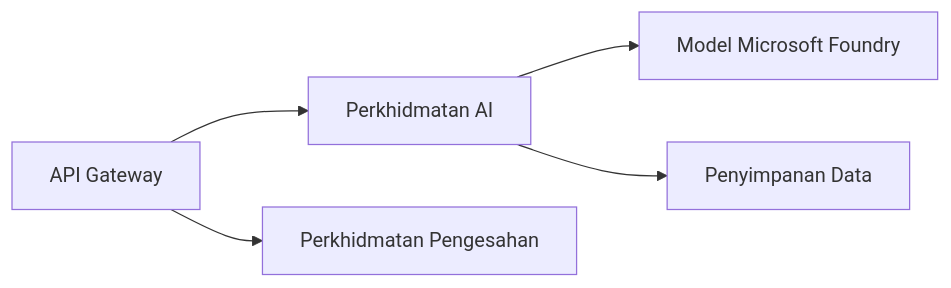
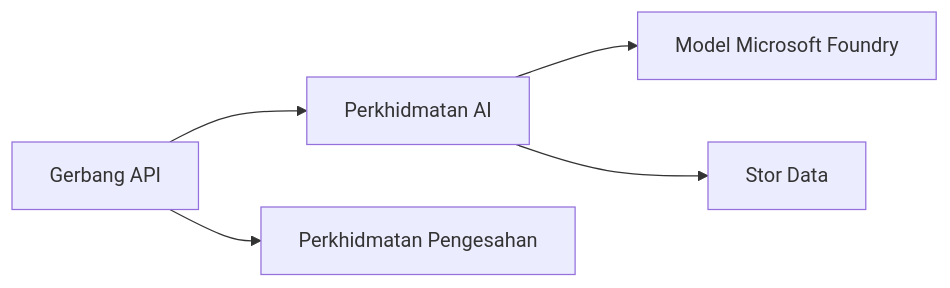
Before and after one commit to microsoft/AZD-for-beginners: the first of 2 diagrams in translations/ms/docs/chapter-08-production/README.md, drawn with Mermaid. The commit also changed other lines of this file and 58 other files, not shown here.

````diff
--- a/translations/ms/docs/chapter-08-production/README.md
+++ b/translations/ms/docs/chapter-08-production/README.md
@@ -48,6 +48,6 @@
 ```mermaid
 graph LR
-    Gateway[API Gateway] --> AI[Perkhidmatan AI] --> Models[Model Microsoft Foundry]
+    Gateway[Gerbang API] --> AI[Perkhidmatan AI] --> Models[Model Microsoft Foundry]
     Gateway --> Auth[Perkhidmatan Pengesahan]
-    AI --> Data[Penyimpanan Data]
+    AI --> Data[Stor Data]
 ```
````
